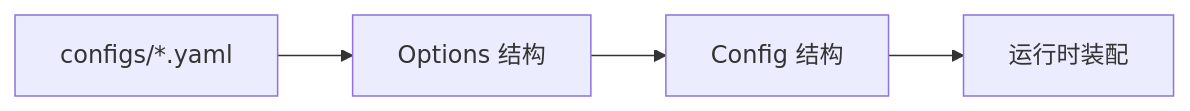
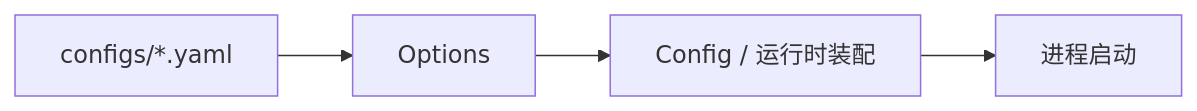
One commit to FangcunMount/qs-server changed the diagram in docs/03-基础设施/05-配置体系.md. Above: the diagram before and after it, drawn with Mermaid. The commit also changed other lines of this file and 34 other files, not shown here.

````diff
--- a/docs/03-基础设施/05-配置体系.md
+++ b/docs/03-基础设施/05-配置体系.md
@@ -32,11 +29,11 @@
 ```mermaid
 flowchart LR
     YAML[configs/*.yaml]
-    Opts[Options 结构]
-    Cfg[Config 结构]
-    Runtime[运行时装配]
+    Opts[Options]
+    Cfg[Config / 运行时装配]
+    Runtime[进程启动]
 
     YAML --> Opts
     Opts --> Cfg
     Cfg --> Runtime
 ```
````
